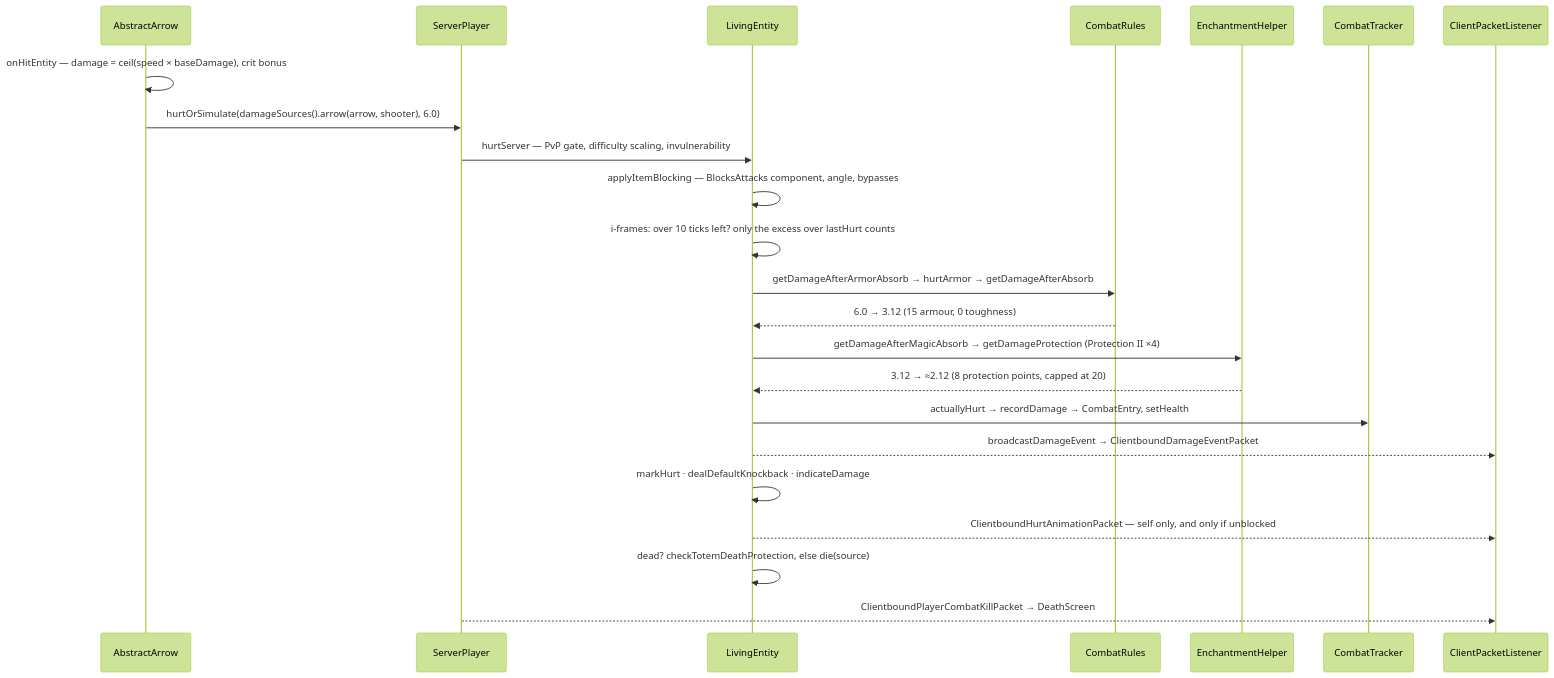
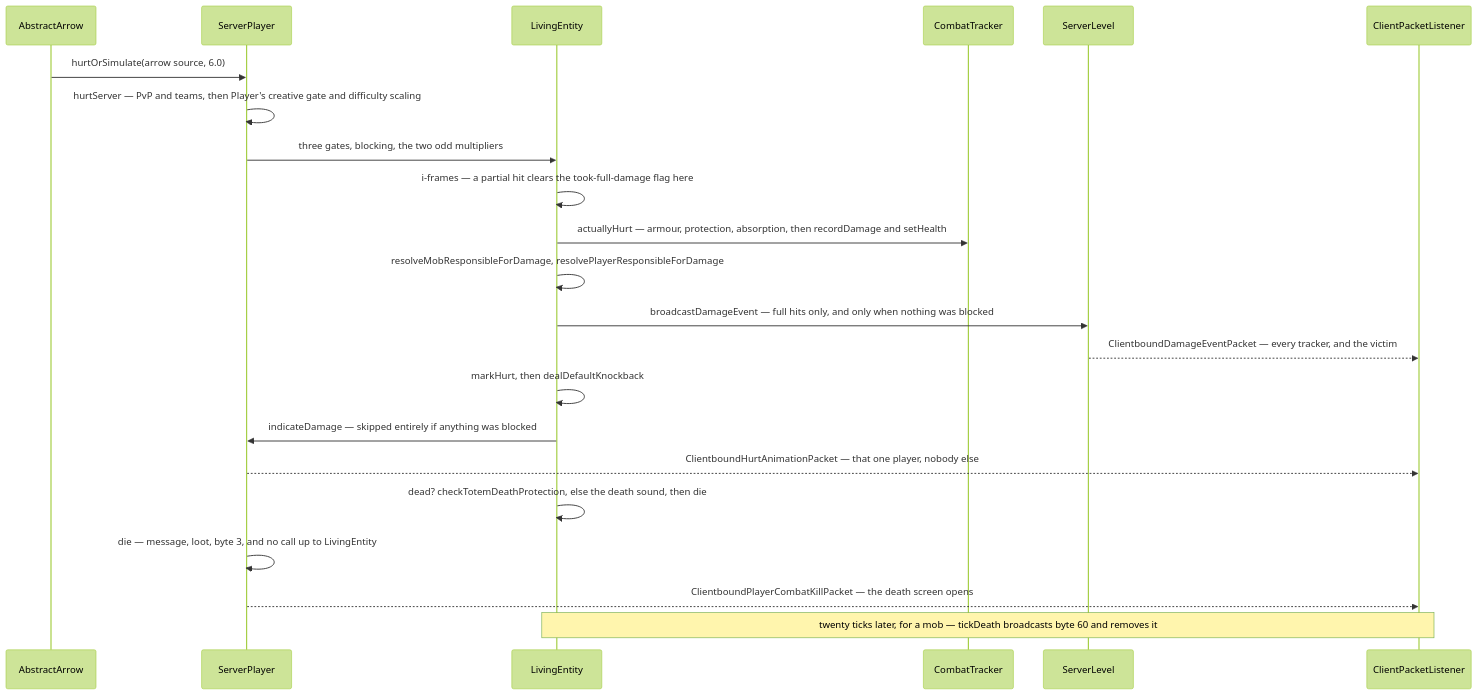
One commit to AlexanderjFraser/MinecraftDocs changed the second of 2 diagrams in src/systems/entities/damage-and-death.md. Above: the diagram before and after it, drawn with Mermaid (forest theme). The commit also changed other lines of this file and 22 other files, not shown here.

````diff
--- a/src/systems/entities/damage-and-death.md
+++ b/src/systems/entities/damage-and-death.md
@@ -112,26 +213,25 @@
 ```mermaid
 sequenceDiagram
     participant AA as AbstractArrow
     participant SP as ServerPlayer
     participant LE as LivingEntity
-    participant CR as CombatRules
-    participant EH as EnchantmentHelper
     participant CT as CombatTracker
-    participant CL as ClientPacketListener
+    participant SL as ServerLevel
+    participant CPL as ClientPacketListener
 
-    AA->>AA: onHitEntity — damage = ceil(speed × baseDamage), crit bonus
-    AA->>SP: hurtOrSimulate(damageSources().arrow(arrow, shooter), 6.0)
-    SP->>LE: hurtServer — PvP gate, difficulty scaling, invulnerability
-    LE->>LE: applyItemBlocking — BlocksAttacks component, angle, bypasses
-    LE->>LE: i-frames: over 10 ticks left? only the excess over lastHurt counts
-    LE->>CR: getDamageAfterArmorAbsorb → hurtArmor → getDamageAfterAbsorb
-    CR-->>LE: 6.0 → 3.12 (15 armour, 0 toughness)
-    LE->>EH: getDamageAfterMagicAbsorb → getDamageProtection (Protection II ×4)
-    EH-->>LE: 3.12 → ≈2.12 (8 protection points, capped at 20)
-    LE->>CT: actuallyHurt → recordDamage → CombatEntry, setHealth
-    LE-->>CL: broadcastDamageEvent → ClientboundDamageEventPacket
-    LE->>LE: markHurt · dealDefaultKnockback · indicateDamage
-    LE-->>CL: ClientboundHurtAnimationPacket — self only, and only if unblocked
-    LE->>LE: dead? checkTotemDeathProtection, else die(source)
-    SP-->>CL: ClientboundPlayerCombatKillPacket → DeathScreen
+    AA->>SP: hurtOrSimulate(arrow source, 6.0)
+    SP->>SP: hurtServer — PvP and teams, then Player's creative gate and difficulty scaling
+    SP->>LE: three gates, blocking, the two odd multipliers
+    LE->>LE: i-frames — a partial hit clears the took-full-damage flag here
+    LE->>CT: actuallyHurt — armour, protection, absorption, then recordDamage and setHealth
+    LE->>LE: resolveMobResponsibleForDamage, resolvePlayerResponsibleForDamage
+    LE->>SL: broadcastDamageEvent — full hits only, and only when nothing was blocked
+    SL-->>CPL: ClientboundDamageEventPacket — every tracker, and the victim
+    LE->>LE: markHurt, then dealDefaultKnockback
+    LE->>SP: indicateDamage — skipped entirely if anything was blocked
+    SP-->>CPL: ClientboundHurtAnimationPacket — that one player, nobody else
+    LE->>LE: dead? checkTotemDeathProtection, else the death sound, then die
+    SP->>SP: die — message, loot, byte 3, and no call up to LivingEntity
+    SP-->>CPL: ClientboundPlayerCombatKillPacket — the death screen opens
+    Note over LE,CPL: twenty ticks later, for a mob — tickDeath broadcasts byte 60 and removes it
 ```
````
